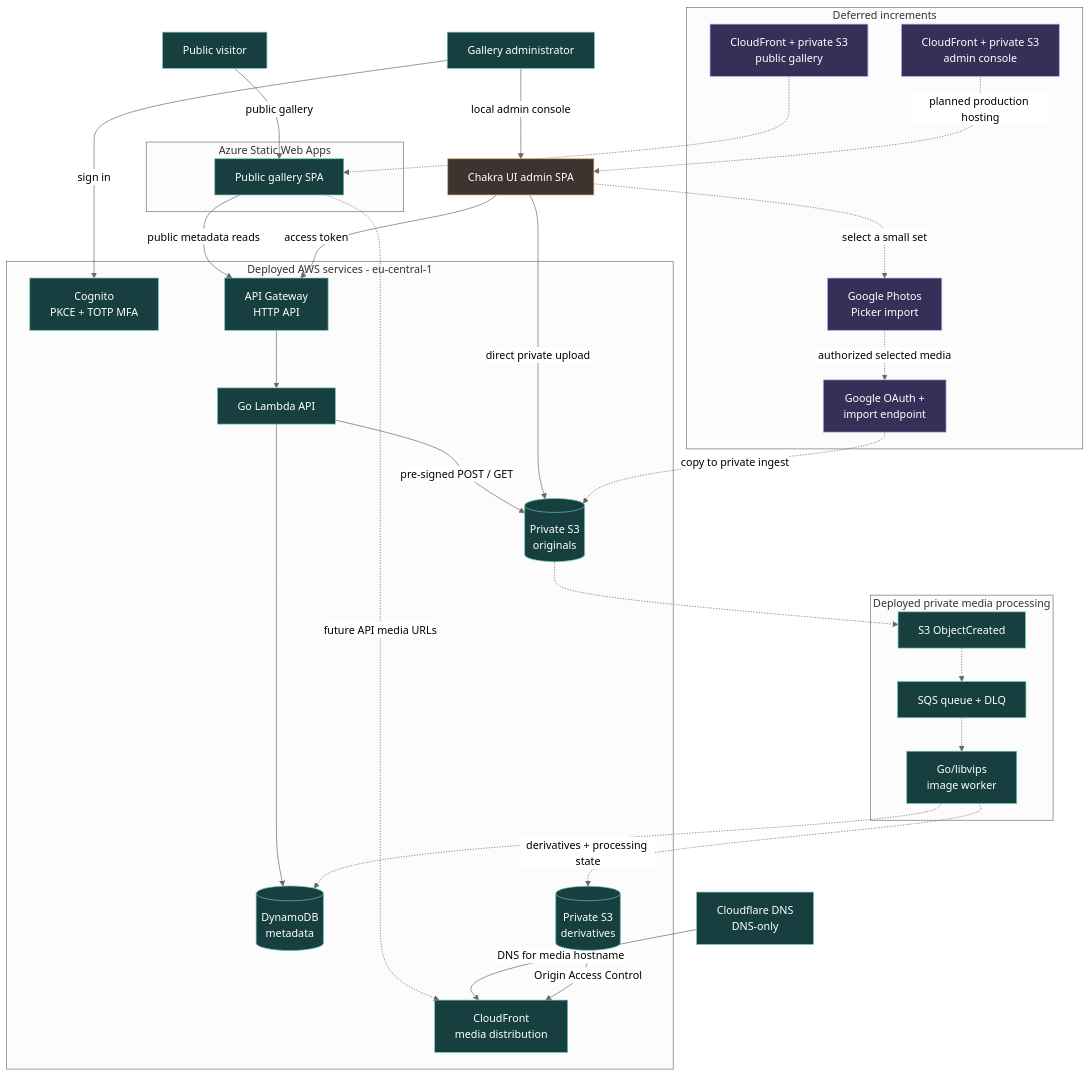
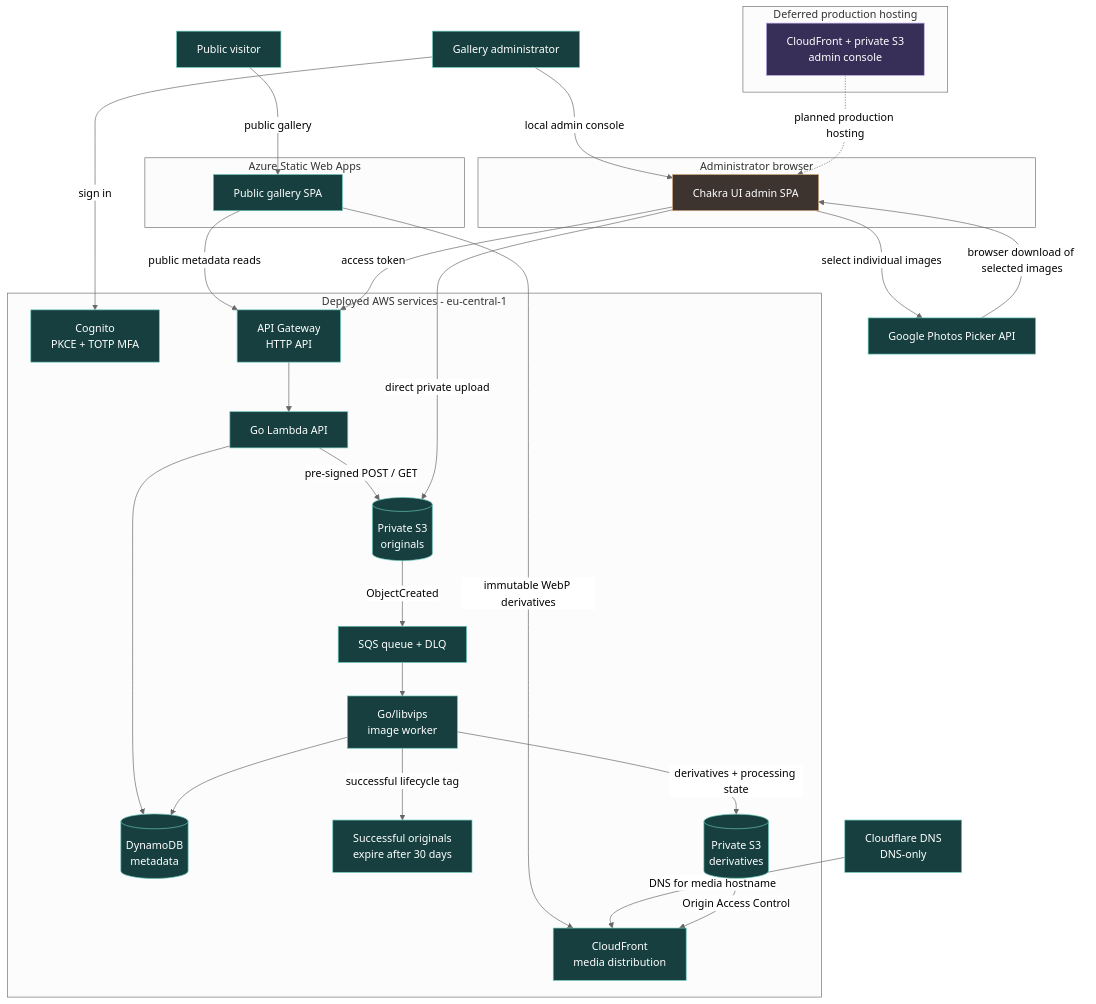
One commit to DmytroPI-dev/photo-portfolio changed the diagram in README.md. Above: the diagram before and after it, drawn with Mermaid (neutral theme). The commit also changed other lines of this file and 22 other files, not shown here.

````diff
--- a/README.md
+++ b/README.md
@@ -50,64 +68,62 @@
 ```mermaid
 flowchart TD
   visitor[Public visitor]
   admin[Gallery administrator]
   cloudflare[Cloudflare DNS<br/>DNS-only]
 
   subgraph azure[Azure Static Web Apps]
     gallery[Public gallery SPA]
   end
 
-  subgraph current[Deployed AWS services - eu-central-1]
+  subgraph aws[Deployed AWS services - eu-central-1]
     cognito[Cognito<br/>PKCE + TOTP MFA]
     api[API Gateway<br/>HTTP API]
     lambda[Go Lambda API]
     metadata[(DynamoDB<br/>metadata)]
     originals[(Private S3<br/>originals)]
+    uploadExpiry[Successful originals<br/>expire after 30 days]
+    queue[SQS queue + DLQ]
+    worker[Go/libvips<br/>image worker]
+    derivatives[(Private S3<br/>derivatives)]
     media[CloudFront<br/>media distribution]
-    derivatives[(Private S3<br/>derivatives)]
   end
 
-  subgraph deployedMedia[Deployed private media processing]
-    uploads[S3 ObjectCreated]
-    queue[SQS queue + DLQ]
-    worker[Go/libvips<br/>image worker]
+  subgraph browser[Administrator browser]
+    adminApp[Chakra UI admin SPA]
   end
 
-  subgraph planned[Deferred increments]
-    google[Google Photos<br/>Picker import]
-    importer[Google OAuth +<br/>import endpoint]
-    galleryHost[CloudFront + private S3<br/>public gallery]
+  subgraph planned[Deferred production hosting]
     adminHost[CloudFront + private S3<br/>admin console]
   end
 
+  google[Google Photos Picker API]
+
   visitor -->|public gallery| gallery
   gallery -->|public metadata reads| api
-  gallery -.->|future API media URLs| media
+  gallery -->|immutable WebP derivatives| media
   cloudflare -->|DNS for media hostname| media
   admin -->|sign in| cognito
-  admin -->|local admin console| adminApp[Chakra UI admin SPA]
+  admin -->|local admin console| adminApp
   adminHost -.->|planned production hosting| adminApp
   adminApp -->|access token| api
   api --> lambda
   lambda --> metadata
   lambda -->|pre-signed POST / GET| originals
   adminApp -->|direct private upload| originals
-  adminApp -.->|select a small set| google
-  google -.->|authorized selected media| importer
-  importer -.->|copy to private ingest| originals
+  adminApp -->|select individual images| google
+  google -->|browser download of selected images| adminApp
 
-  originals -.-> uploads
-  uploads -.-> queue
-  queue -.-> worker
-  worker -.->|derivatives + processing state| derivatives
-  worker -.-> metadata
+  originals -->|ObjectCreated| queue
+  queue --> worker
+  worker -->|derivatives + processing state| derivatives
+  worker --> metadata
+  worker -->|successful lifecycle tag| uploadExpiry
   derivatives -->|Origin Access Control| media
-  galleryHost -.-> gallery
 
   classDef deployed fill:#173f3f,stroke:#67c6b8,color:#ffffff;
   classDef planned fill:#382f58,stroke:#bba8ec,color:#ffffff;
   classDef local fill:#3d3430,stroke:#d2a679,color:#ffffff;
-  class visitor,admin,gallery,cloudflare,cognito,api,lambda,metadata,originals,media,derivatives,uploads,queue,worker deployed;
+  class visitor,admin,gallery,cloudflare,cognito,api,lambda,metadata,originals,uploadExpiry,queue,worker,derivatives,media,google deployed;
   class adminApp local;
-  class galleryHost,adminHost,google,importer planned;
+  class adminHost planned;
 ```
````
